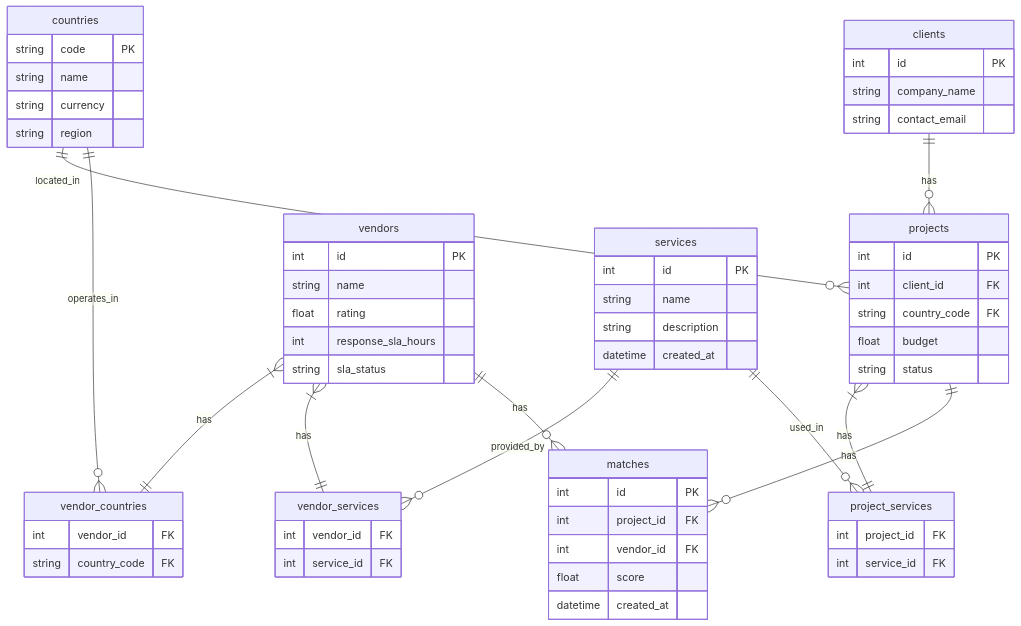
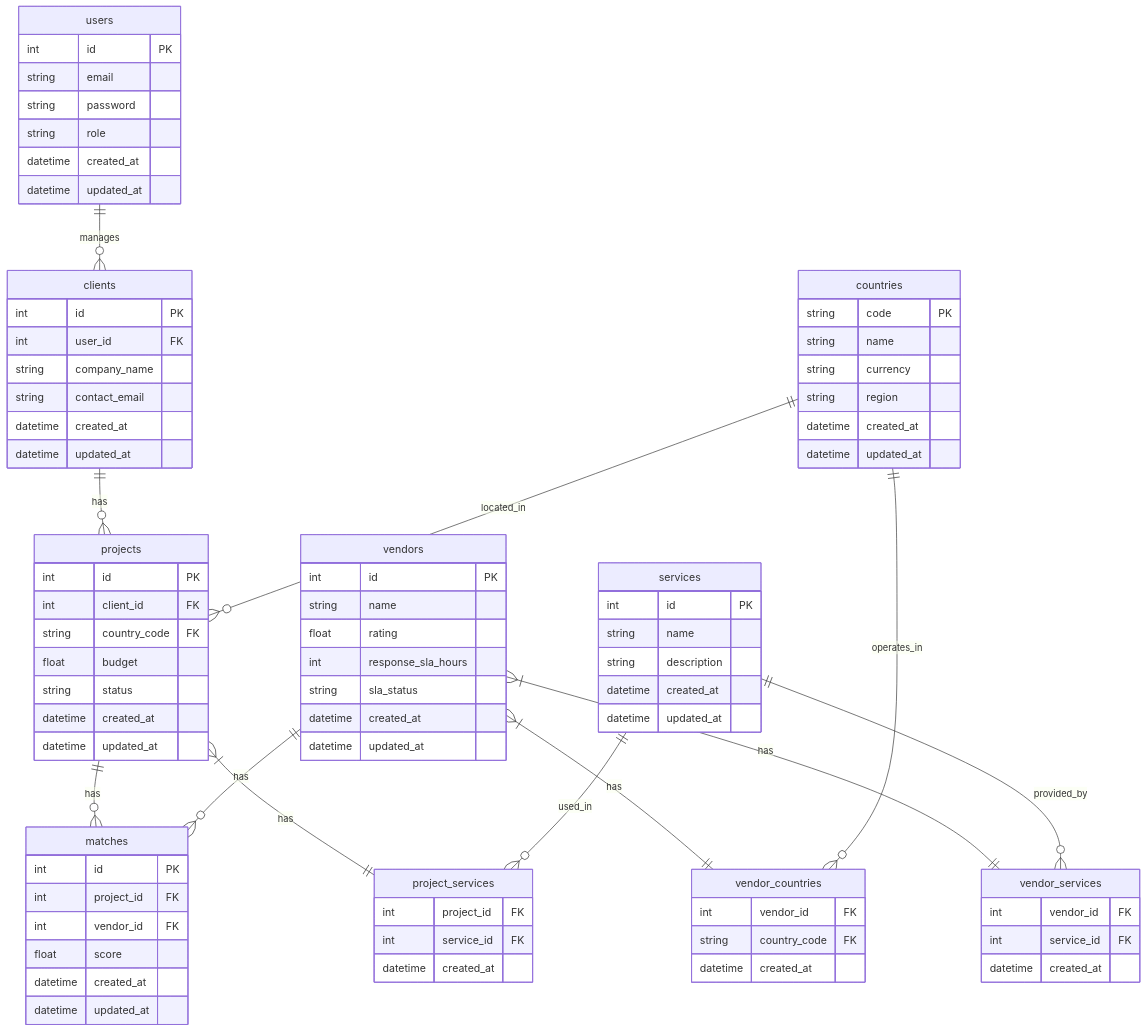
One commit to Mohamedaboda-bit/expanders360_task changed the diagram in README.md. Above: the diagram before and after it, drawn with Mermaid.

Commit message:
feat: update database schema diagram with new attributes and relationships for users, clients, projects, and vendors

````diff
--- a/README.md
+++ b/README.md
@@ -58,5 +58,15 @@
 ```mermaid
 erDiagram
+    users ||--o{ clients : manages
+    users {
+        int id PK
+        string email
+        string password
+        string role
+        datetime created_at
+        datetime updated_at
+    }
+
     clients ||--o{ projects : has
     projects ||--o{ matches : has
     projects }|--|| project_services : has
@@ -70,8 +80,11 @@
     
     clients {
         int id PK
+        int user_id FK
         string company_name
         string contact_email
+        datetime created_at
+        datetime updated_at
     }
 
     projects {
@@ -80,6 +93,8 @@
         string country_code FK
         float budget
         string status
+        datetime created_at
+        datetime updated_at
     }
 
     services {
@@ -87,6 +102,7 @@
         string name
         string description
         datetime created_at
+        datetime updated_at
     }
 
     countries {
@@ -94,11 +110,14 @@
         string name
         string currency
         string region
+        datetime created_at
+        datetime updated_at
     }
 
     project_services {
         int project_id FK
         int service_id FK
+        datetime created_at
     }
 
     vendors {
@@ -107,16 +126,20 @@
         float rating
         int response_sla_hours
         string sla_status
+        datetime created_at
+        datetime updated_at
     }
 
     vendor_countries {
         int vendor_id FK
         string country_code FK
+        datetime created_at
     }
 
     vendor_services {
         int vendor_id FK
         int service_id FK
+        datetime created_at
     }
 
     matches {
@@ -125,5 +148,6 @@
         int vendor_id FK
         float score
         datetime created_at
+        datetime updated_at
     }
 ```
````
